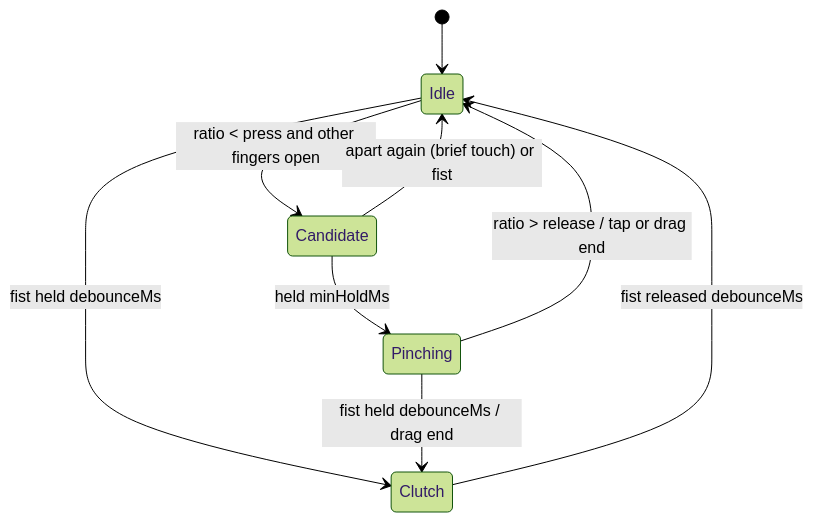
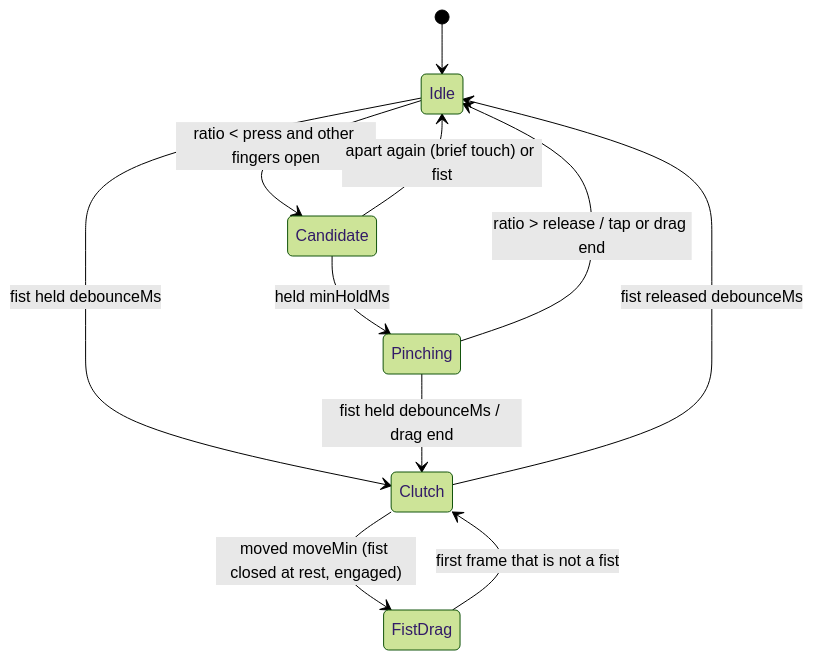
One commit to sahilyousafp/HAI_Human_AI_Interaction changed the first of 2 diagrams in docs/gestures.md. Above: the diagram before and after it, drawn with Mermaid (forest theme). The commit also changed other lines of this file and 45 other files, not shown here.

First line of the commit message:
A moving fist pans the view, a still fist cancels after 1.5 s (add-fist-drag-pan)

````diff
--- a/docs/gestures.md
+++ b/docs/gestures.md
@@ -96,11 +99,13 @@
 ```mermaid
 stateDiagram-v2
   [*] --> Idle
   Idle --> Candidate: ratio < press and other fingers open
   Candidate --> Idle: apart again (brief touch) or fist
   Candidate --> Pinching: held minHoldMs
   Pinching --> Idle: ratio > release / tap or drag end
   Idle --> Clutch: fist held debounceMs
   Pinching --> Clutch: fist held debounceMs / drag end
   Clutch --> Idle: fist released debounceMs
+  Clutch --> FistDrag: moved moveMin (fist closed at rest, engaged)
+  FistDrag --> Clutch: first frame that is not a fist
 ```
````
